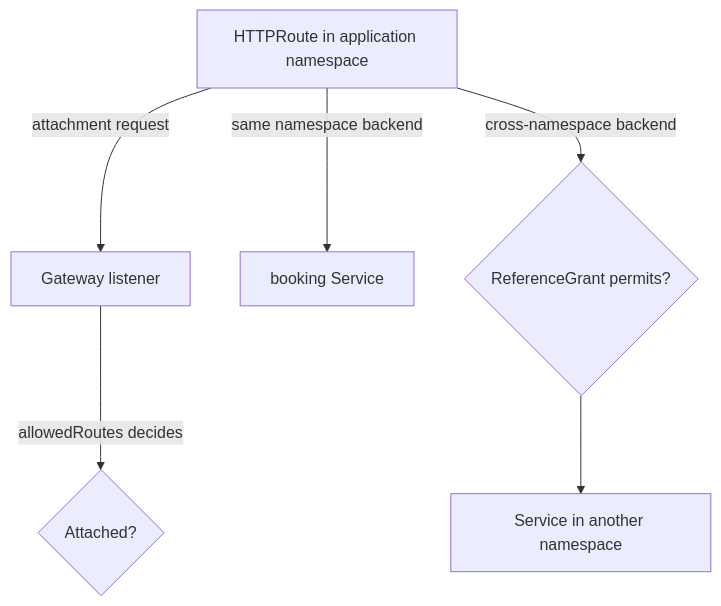
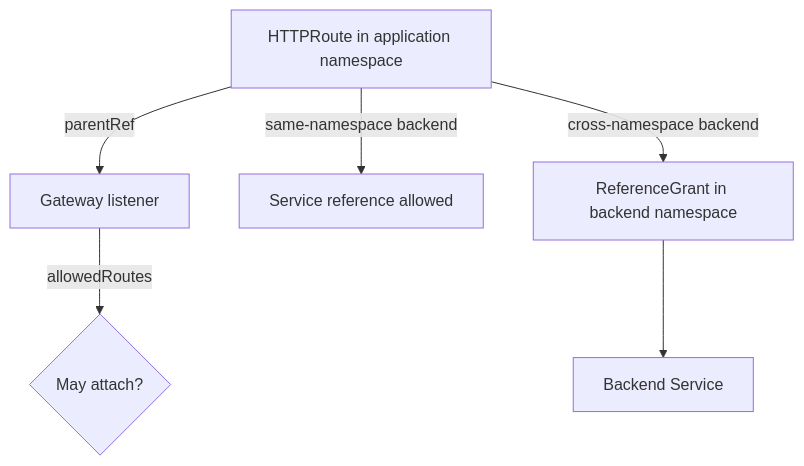
One commit to darshan-raul/apollo11-docs changed the fifth of 5 diagrams in docs/learn/networking/gateway-api.md. Above: the diagram before and after it, drawn with Mermaid. The commit also changed other lines of this file and 56 other files, not shown here.

````diff
--- a/docs/learn/networking/gateway-api.md
+++ b/docs/learn/networking/gateway-api.md
@@ -120,8 +488,8 @@
-~~~mermaid
+```mermaid
 flowchart TB
-  Route[HTTPRoute in application namespace] -->|attachment request| Listener[Gateway listener]
-  Listener -->|allowedRoutes decides| Attached{Attached?}
-  Route -->|same namespace backend| Same[booking Service]
-  Route -->|cross-namespace backend| Grant{ReferenceGrant permits?}
-  Grant --> Other[Service in another namespace]
-~~~
+  Route[HTTPRoute in application namespace] -->|parentRef| Listener[Gateway listener]
+  Listener -->|allowedRoutes| Attach{May attach?}
+  Route -->|same-namespace backend| Same[Service reference allowed]
+  Route -->|cross-namespace backend| Grant[ReferenceGrant in backend namespace]
+  Grant --> Other[Backend Service]
+```
````
